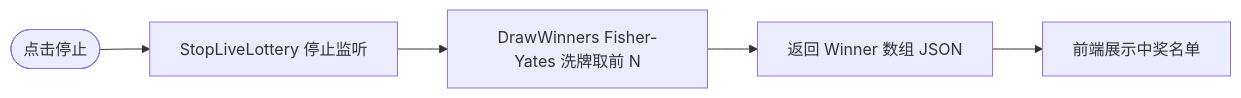
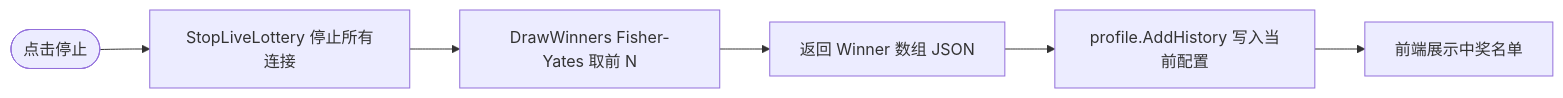
Before and after one commit to aDarkMaker/BiliLuckyDraw: the second of 7 diagrams in docs/architecture/data-flow.md, drawn with Mermaid. The commit also changed other lines of this file and 30 other files, not shown here.

````diff
--- a/docs/architecture/data-flow.md
+++ b/docs/architecture/data-flow.md
@@ -22,7 +26,8 @@
 ```mermaid
 flowchart LR
-    Stop([点击停止]) --> Quit[StopLiveLottery 停止监听]
-    Quit --> Draw["DrawWinners Fisher-Yates 洗牌取前 N"]
+    Stop([点击停止]) --> Quit[StopLiveLottery 停止所有连接]
+    Quit --> Draw["DrawWinners Fisher-Yates 取前 N"]
     Draw --> JSON[返回 Winner 数组 JSON]
-    JSON --> Show[前端展示中奖名单]
+    JSON --> Hist["profile.AddHistory 写入当前配置"]
+    Hist --> Show[前端展示中奖名单]
 ```
````
